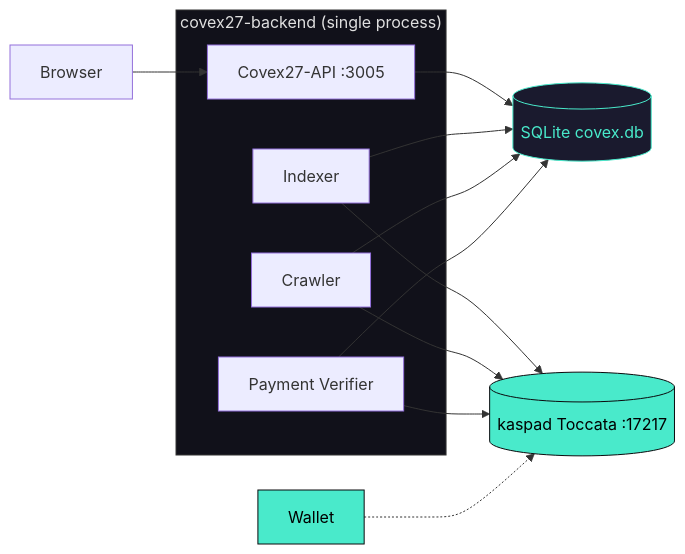
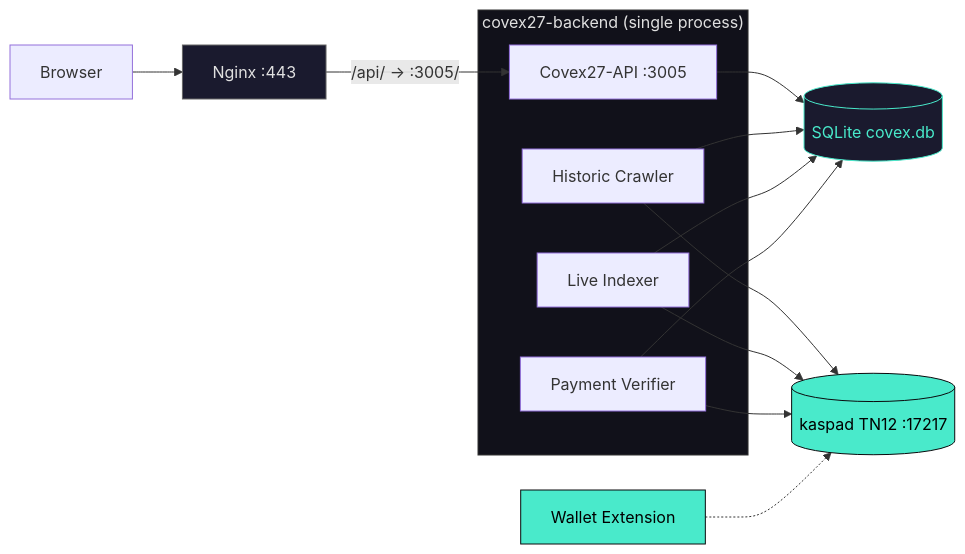
The first of 2 diagrams in README.md (THTProtocol/Covex27), drawn with Mermaid before and after one commit. The commit also changed other lines of this file, not shown here.

Commit message:
docs: premium cyberpunk README — ANSI Shadow COVEX logo, Mermaid diagrams, tier table, trust builder docs

````diff
--- a/README.md
+++ b/README.md
@@ -30,27 +105,29 @@
 ```mermaid
 graph LR
-    Browser[Browser] --> Backend[Covex27-API :3005]
+    Browser[Browser] --> Nginx[Nginx :443]
+    Nginx -->|"/api/ -> :3005/"| Backend[Covex27-API :3005]
     Backend --> DB[("SQLite covex.db")]
 
-    Indexer[Indexer] --> Kaspa[("kaspad Toccata :17217")]
-    Crawler[Crawler] --> Kaspa
+    Crawler[Historic Crawler] --> Kaspa[("kaspad TN12 :17217")]
+    Indexer[Live Indexer] --> Kaspa
     Verifier[Payment Verifier] --> Kaspa
 
+    Crawler --> DB
     Indexer --> DB
-    Crawler --> DB
     Verifier --> DB
 
-    Wallet[Wallet] -.-> Kaspa
+    Wallet[Wallet Extension] -.-> Kaspa
 
-    subgraph Process["covex27-backend (single process)"]
+    subgraph Core["covex27-backend (single process)"]
         Backend
+        Crawler
         Indexer
-        Crawler
         Verifier
     end
 
     style Kaspa fill:#49EACB,stroke:#0A0A0D,color:#000
     style Wallet fill:#49EACB,stroke:#0A0A0D,color:#000
     style DB fill:#1A1A2E,stroke:#49EACB,color:#49EACB
-    style Process fill:#11111A,stroke:#333,color:#E0E0E0
+    style Core fill:#11111A,stroke:#333,color:#E0E0E0
+    style Nginx fill:#1A1A2E,stroke:#666,color:#E0E0E0
 ```
````
